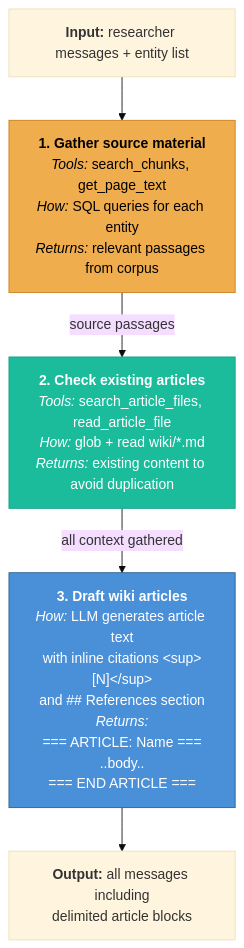
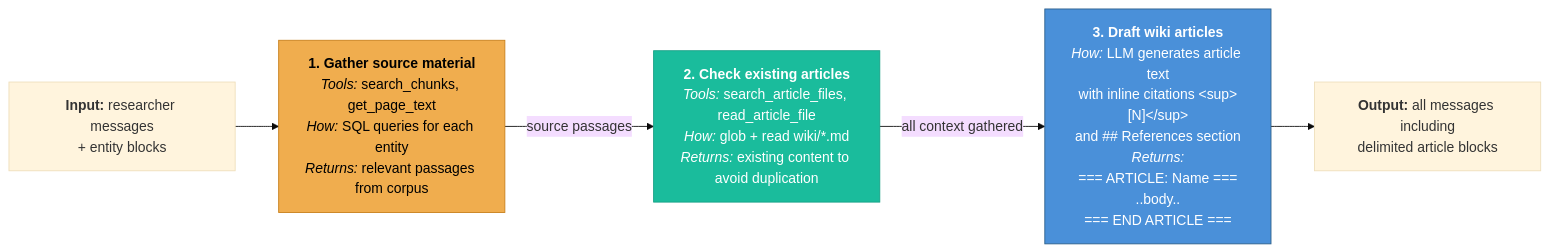
The third of 4 diagrams in docs/swarm-flow.md (alastairrushworth/docswarm), drawn with Mermaid (base theme) before and after one commit. The commit also changed other lines of this file and 5 other files, not shown here.

````diff
--- a/docs/swarm-flow.md
+++ b/docs/swarm-flow.md
@@ -111,27 +114,27 @@
 ```mermaid
-flowchart TD
-    IN["<b>Input:</b> researcher messages + entity list"]
+flowchart LR
+    IN["<b>Input:</b> researcher messages<br/>+ entity blocks"]
 
     IN --> S1
 
     S1["<b>1. Gather source material</b><br/><i>Tools:</i> search_chunks, get_page_text<br/><i>How:</i> SQL queries for each entity<br/><i>Returns:</i> relevant passages from corpus"]
 
     S1 -->|"source passages"| S2
 
     S2["<b>2. Check existing articles</b><br/><i>Tools:</i> search_article_files, read_article_file<br/><i>How:</i> glob + read wiki/*.md<br/><i>Returns:</i> existing content to avoid duplication"]
 
     S2 -->|"all context gathered"| S3
 
     S3["<b>3. Draft wiki articles</b><br/><i>How:</i> LLM generates article text<br/>with inline citations &lt;sup&gt;[N]&lt;/sup&gt;<br/>and ## References section<br/><i>Returns:</i><br/>=== ARTICLE: Name ===<br/>..body..<br/>=== END ARTICLE ==="]
 
     S3 --> OUT["<b>Output:</b> all messages including<br/>delimited article blocks"]
 
     %% Styling
     classDef srcDb fill:#f0ad4e,stroke:#c77f1a,color:#000
     classDef srcWiki fill:#1abc9c,stroke:#16a085,color:#fff
     classDef srcLlm fill:#4a90d9,stroke:#2c5f8a,color:#fff
 
     class S1 srcDb
     class S2 srcWiki
     class S3 srcLlm
 ```
````
